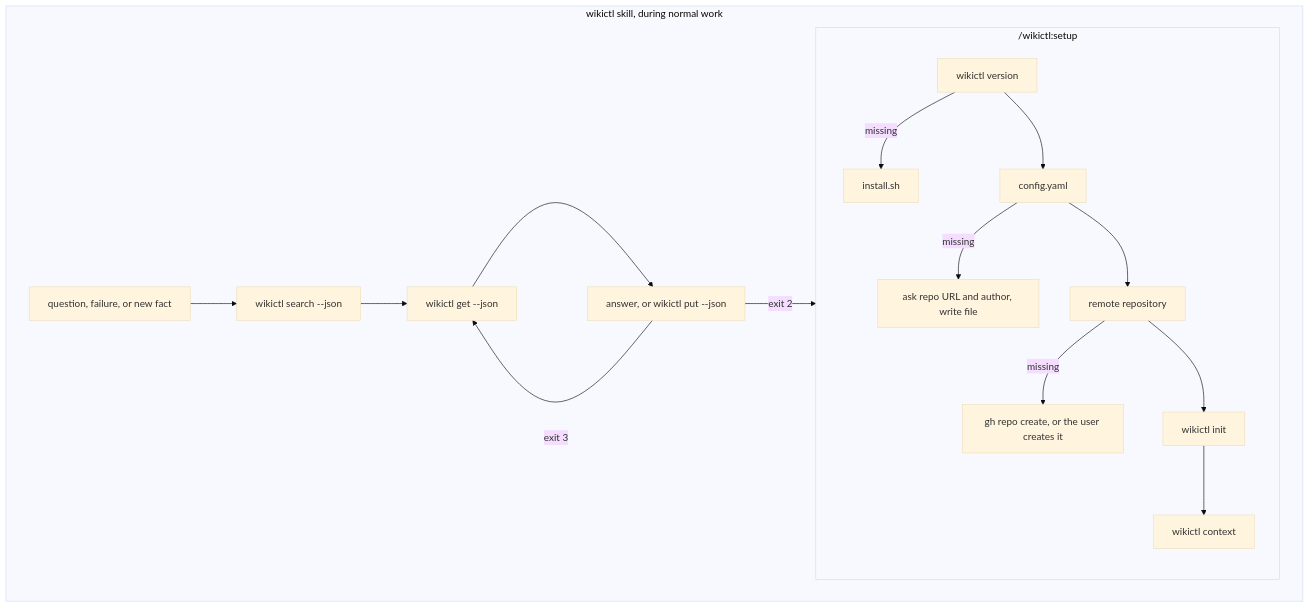
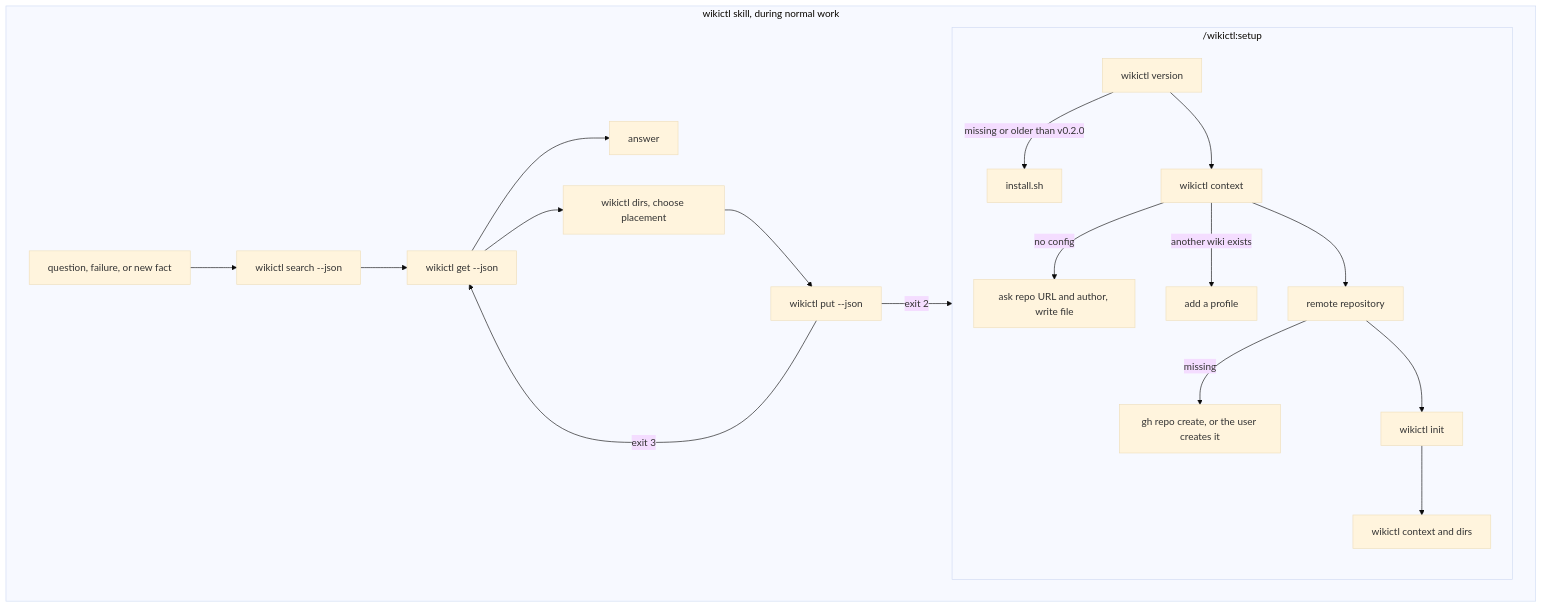
One commit to roamer7038/wikictl-claude-plugin changed the diagram in README.md. Above: the diagram before and after it, drawn with Mermaid (base theme). The commit also changed other lines of this file and 3 other files, not shown here.

````diff
--- a/README.md
+++ b/README.md
@@ -31,16 +31,19 @@
 ```mermaid
 flowchart TD
     subgraph setup["/wikictl:setup"]
-        S1[wikictl version] -->|missing| S1a[install.sh]
-        S1 --> S2[config.yaml] -->|missing| S2a[ask repo URL and author, write file]
+        S1[wikictl version] -->|missing or older than v0.2.0| S1a[install.sh]
+        S1 --> S2[wikictl context] -->|no config| S2a[ask repo URL and author, write file]
+        S2 -->|another wiki exists| S2b[add a profile]
         S2 --> S3[remote repository] -->|missing| S3a[gh repo create, or the user creates it]
-        S3 --> S4[wikictl init] --> S5[wikictl context]
+        S3 --> S4[wikictl init] --> S5[wikictl context and dirs]
     end
     subgraph use["wikictl skill, during normal work"]
         U1[question, failure, or new fact] --> U2[wikictl search --json]
         U2 --> U3[wikictl get --json]
-        U3 --> U4[answer, or wikictl put --json]
-        U4 -->|exit 3| U3
-        U4 -->|exit 2| setup
+        U3 --> U4[answer]
+        U3 --> U5[wikictl dirs, choose placement]
+        U5 --> U6[wikictl put --json]
+        U6 -->|exit 3| U3
+        U6 -->|exit 2| setup
     end
 ```
````
